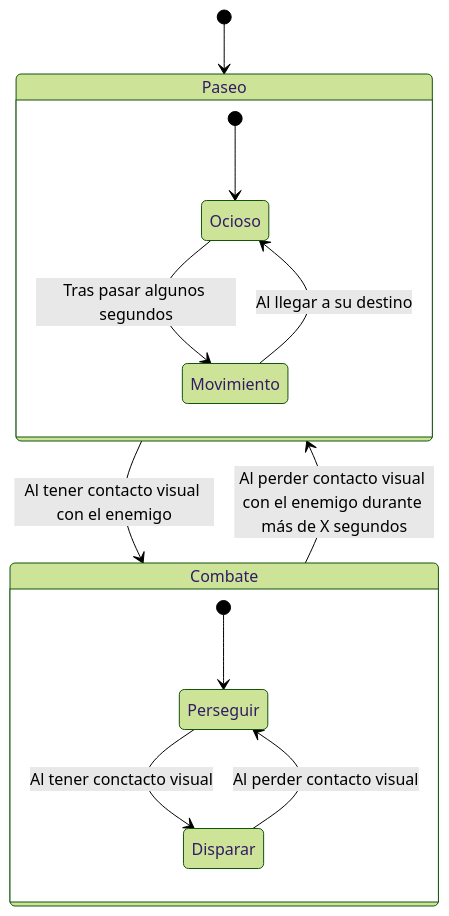
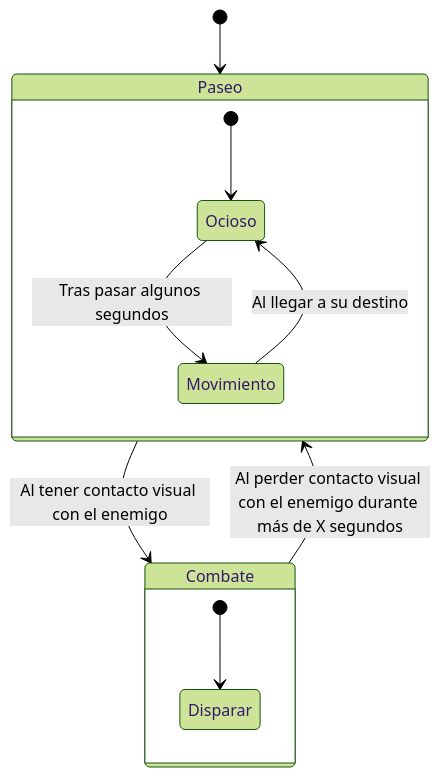
Before and after one commit to IAV26-G09/IAV26-G09-P3: the first of 4 diagrams in README.md, drawn with Mermaid (forest theme). The commit also changed other lines of this file, not shown here.

Commit message:
diagrama bot

````diff
--- a/README.md
+++ b/README.md
@@ -131,19 +131,18 @@
 ```mermaid
 stateDiagram
 %%     direction LR
     [*] --> Paseo
       state Paseo {
             %% direction LR
             [*] --> Ocioso
             Movimiento --> Ocioso: Al llegar a su destino
             Ocioso --> Movimiento: Tras pasar algunos segundos
       }
       state Combate {
             %% direction LR
-            [*] --> Perseguir
-            Disparar --> Perseguir: Al perder contacto visual
-            Perseguir --> Disparar: Al tener conctacto visual
+            [*] --> Disparar
+            Disparar 
       }
       Paseo --> Combate: Al tener contacto visual con el enemigo
       Combate --> Paseo: Al perder contacto visual con el enemigo durante más de X segundos
-```
+``` 
````
